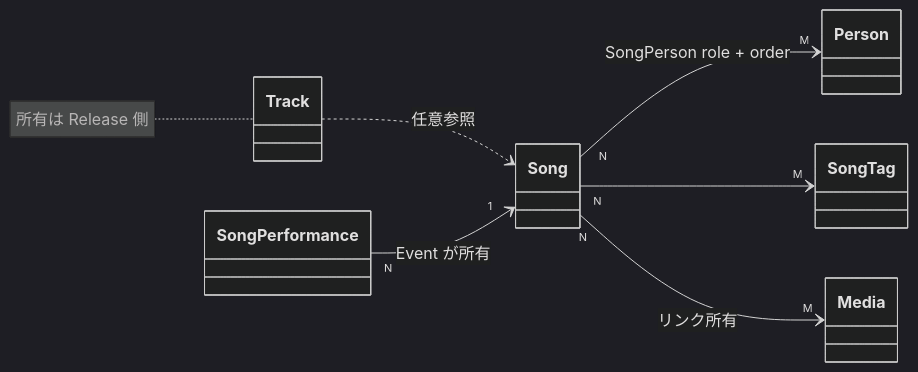
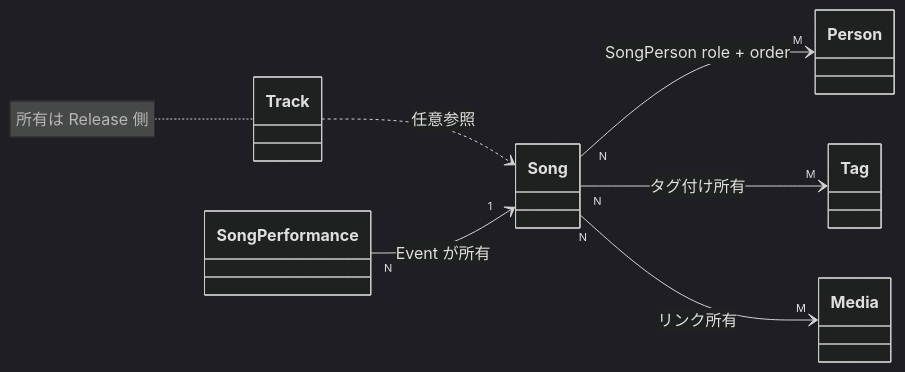
The diagram in docs/specs/song.md (sayuprc/isekai-observatory), drawn with Mermaid (dark theme) before and after one commit. The commit also changed other lines of this file and 354 other files, not shown here.

````diff
--- a/docs/specs/song.md
+++ b/docs/specs/song.md
@@ -29,10 +28,10 @@
 ```mermaid
 classDiagram
   direction LR
   Song "N" --> "M" Person : SongPerson role + order
-  Song "N" --> "M" SongTag
+  Song "N" --> "M" Tag : タグ付け所有
   Song "N" --> "M" Media : リンク所有
   Track ..> Song : 任意参照
   SongPerformance "N" --> "1" Song : Event が所有
   note for Track "所有は Release 側"
 ```
````
